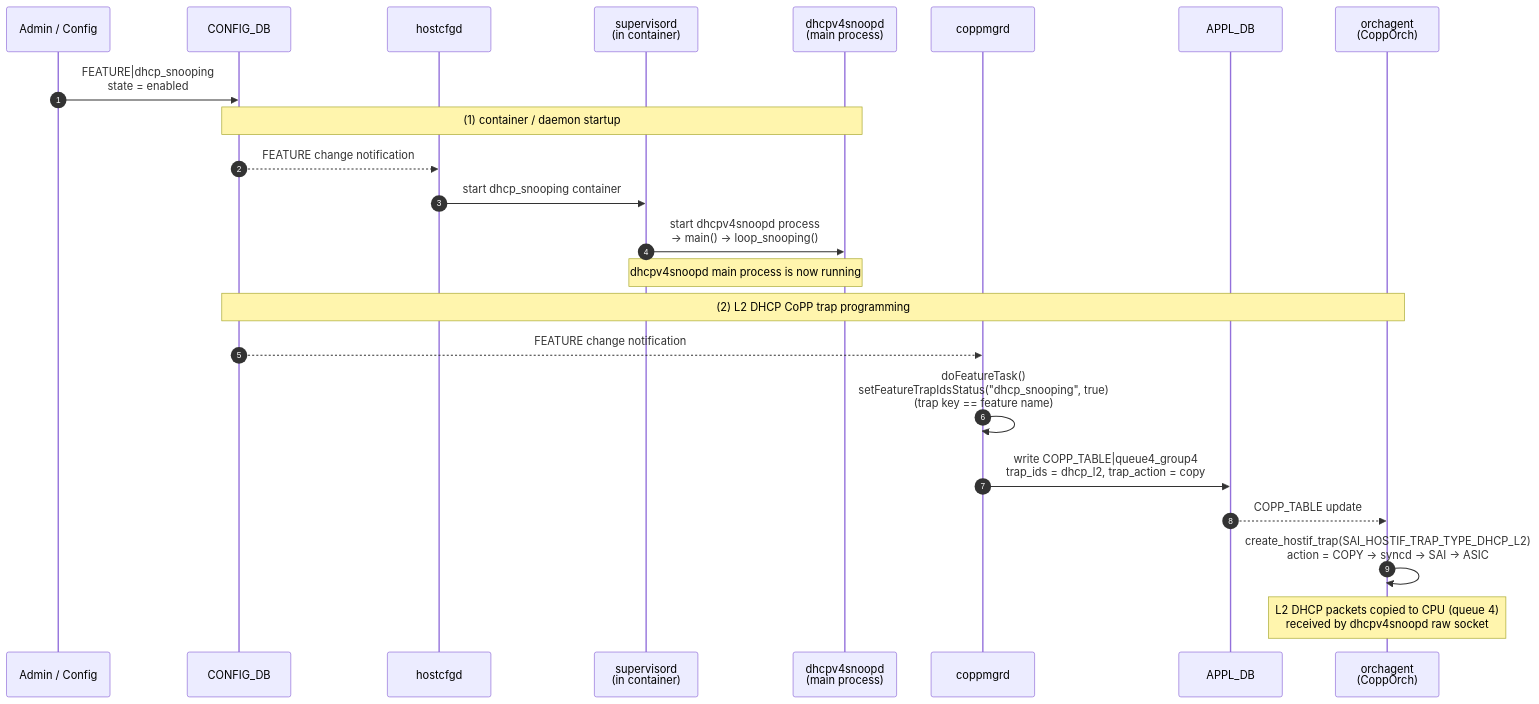
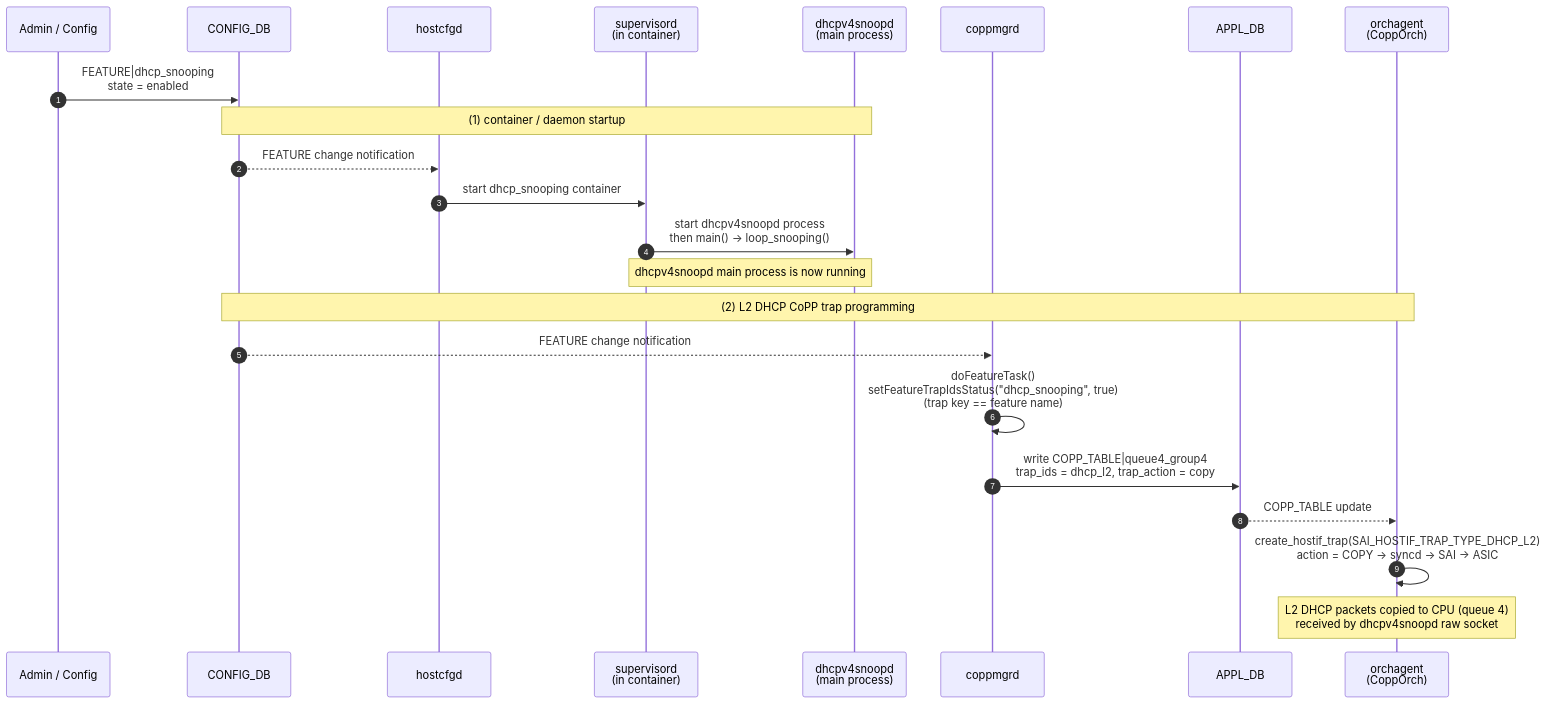
Before and after one commit to sonic-net/SONiC: the first of 19 diagrams in doc/DHCPv4_snooping/DHCPv4-snooping-hld.md, drawn with Mermaid. The commit also changed other lines of this file, not shown here.

````diff
--- a/doc/DHCPv4_snooping/DHCPv4-snooping-hld.md
+++ b/doc/DHCPv4_snooping/DHCPv4-snooping-hld.md
@@ -356,29 +356,29 @@
 ```mermaid
 sequenceDiagram
     autonumber
     participant ADM as Admin / Config
     participant CFG as CONFIG_DB
     participant HOST as hostcfgd
     participant SUPV as supervisord<br/>(in container)
     participant MAIN as dhcpv4snoopd<br/>(main process)
     participant COPP as coppmgrd
     participant APPL as APPL_DB
     participant ORCH as orchagent<br/>(CoppOrch)
 
     ADM->>CFG: FEATURE|dhcp_snooping<br/>state = enabled
 
     Note over CFG,MAIN: (1) container / daemon startup
     CFG-->>HOST: FEATURE change notification
     HOST->>SUPV: start dhcp_snooping container
-    SUPV->>MAIN: start dhcpv4snoopd process<br/>→ main() → loop_snooping()
+    SUPV->>MAIN: start dhcpv4snoopd process<br/>then main() -> loop_snooping()
     Note over SUPV,MAIN: dhcpv4snoopd main process is now running
 
     Note over CFG,ORCH: (2) L2 DHCP CoPP trap programming
     CFG-->>COPP: FEATURE change notification
     COPP->>COPP: doFeatureTask()<br/>setFeatureTrapIdsStatus("dhcp_snooping", true)<br/>(trap key == feature name)
     COPP->>APPL: write COPP_TABLE|queue4_group4<br/>trap_ids = dhcp_l2, trap_action = copy
     APPL-->>ORCH: COPP_TABLE update
-    ORCH->>ORCH: create_hostif_trap(SAI_HOSTIF_TRAP_TYPE_DHCP_L2)<br/>action = COPY → syncd → SAI → ASIC
+    ORCH->>ORCH: create_hostif_trap(SAI_HOSTIF_TRAP_TYPE_DHCP_L2)<br/>action = COPY -> syncd -> SAI -> ASIC
     Note over ORCH: L2 DHCP packets copied to CPU (queue 4)<br/>received by dhcpv4snoopd raw socket
 
 ```
````
